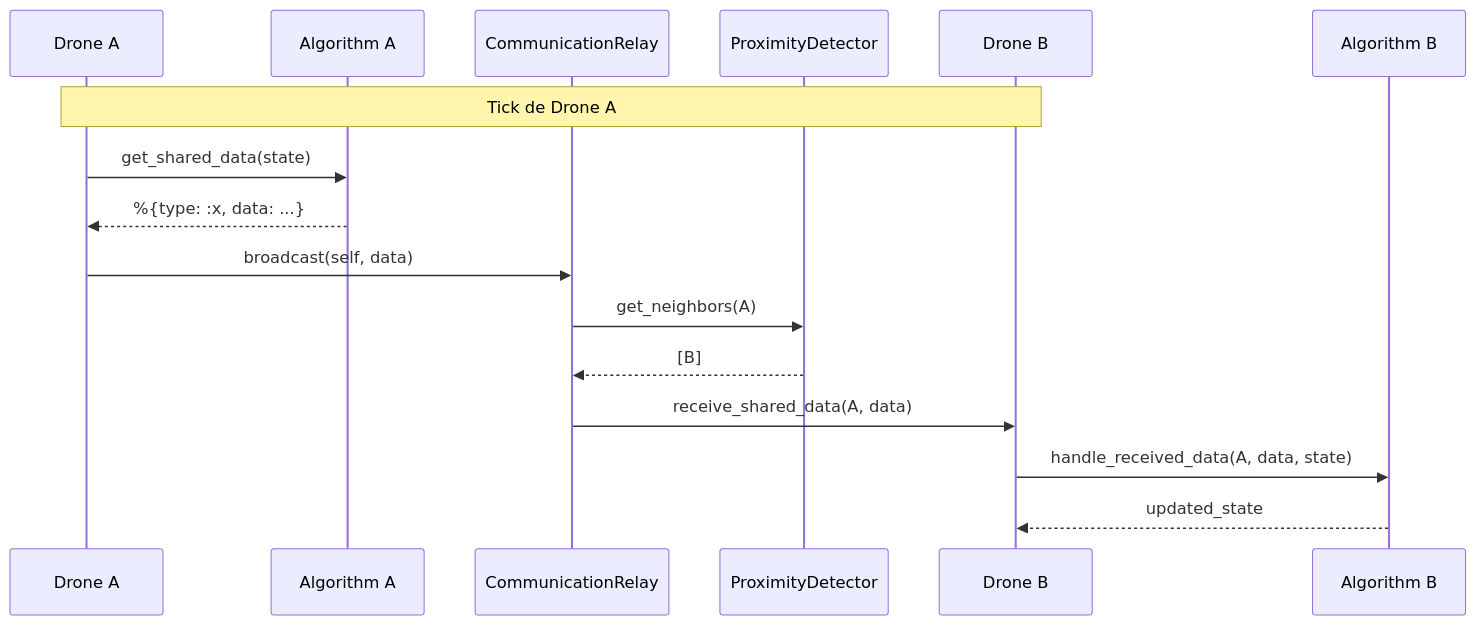
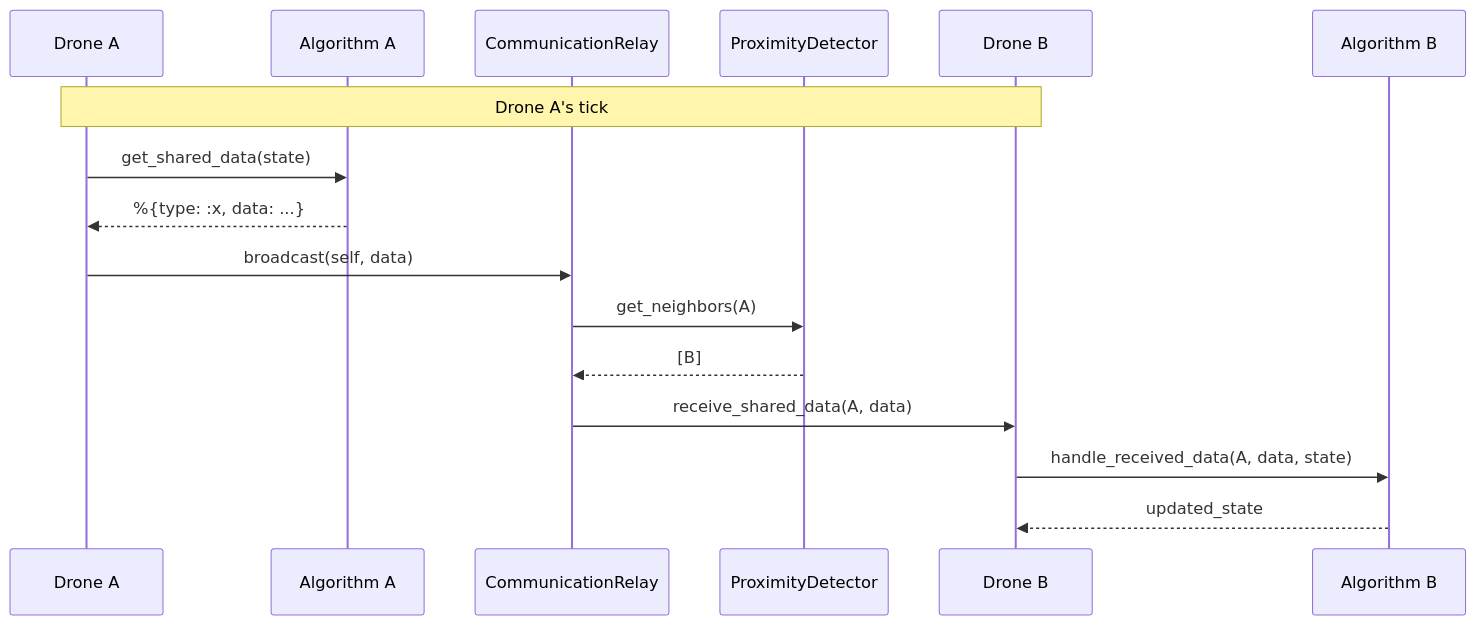
One commit to FLAGlab/Elixir-Swarm-Simulator changed the first of 2 diagrams in docs/algorithms/ALGORITHMS.md. Above: the diagram before and after it, drawn with Mermaid. The commit also changed other lines of this file and 40 other files, not shown here.

````diff
--- a/docs/algorithms/ALGORITHMS.md
+++ b/docs/algorithms/ALGORITHMS.md
@@ -100,20 +101,20 @@
 ```mermaid
 sequenceDiagram
     participant A as Drone A
     participant Algo_A as Algorithm A
     participant CR as CommunicationRelay
     participant PD as ProximityDetector
     participant B as Drone B
     participant Algo_B as Algorithm B
 
-    Note over A,B: Tick de Drone A
+    Note over A,B: Drone A's tick
 
     A->>Algo_A: get_shared_data(state)
     Algo_A-->>A: %{type: :x, data: ...}
     A->>CR: broadcast(self, data)
     CR->>PD: get_neighbors(A)
     PD-->>CR: [B]
     CR->>B: receive_shared_data(A, data)
     B->>Algo_B: handle_received_data(A, data, state)
     Algo_B-->>B: updated_state
 ```
````
